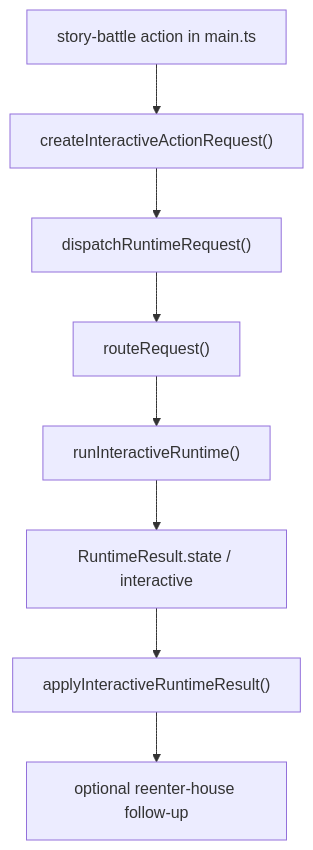
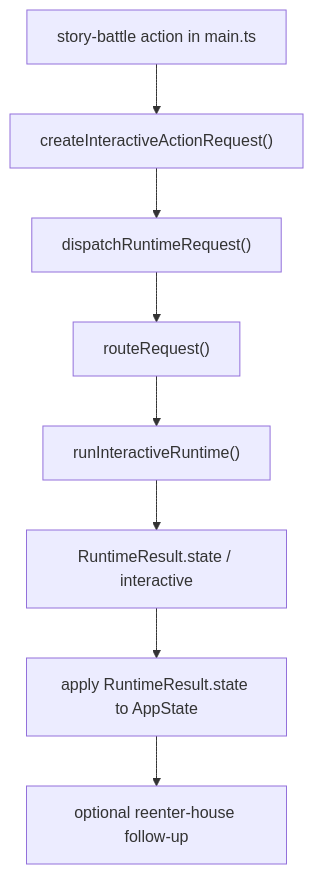
The fifth of 5 diagrams in docs/superpowers/weekly/2026-06-29-weekly-architecture-report.md (MA141277/RPG_TG), drawn with Mermaid before and after one commit. The commit also changed other lines of this file and 13 other files, not shown here.

````diff
--- a/docs/superpowers/weekly/2026-06-29-weekly-architecture-report.md
+++ b/docs/superpowers/weekly/2026-06-29-weekly-architecture-report.md
@@ -113,10 +116,10 @@
 ```mermaid
 flowchart TD
     A["story-battle action in main.ts"] --> B["createInteractiveActionRequest()"]
     B --> C["dispatchRuntimeRequest()"]
     C --> D["routeRequest()"]
     D --> E["runInteractiveRuntime()"]
     E --> F["RuntimeResult.state / interactive"]
-    F --> G["applyInteractiveRuntimeResult()"]
+    F --> G["apply RuntimeResult.state to AppState"]
     G --> H["optional reenter-house follow-up"]
 ```
````
